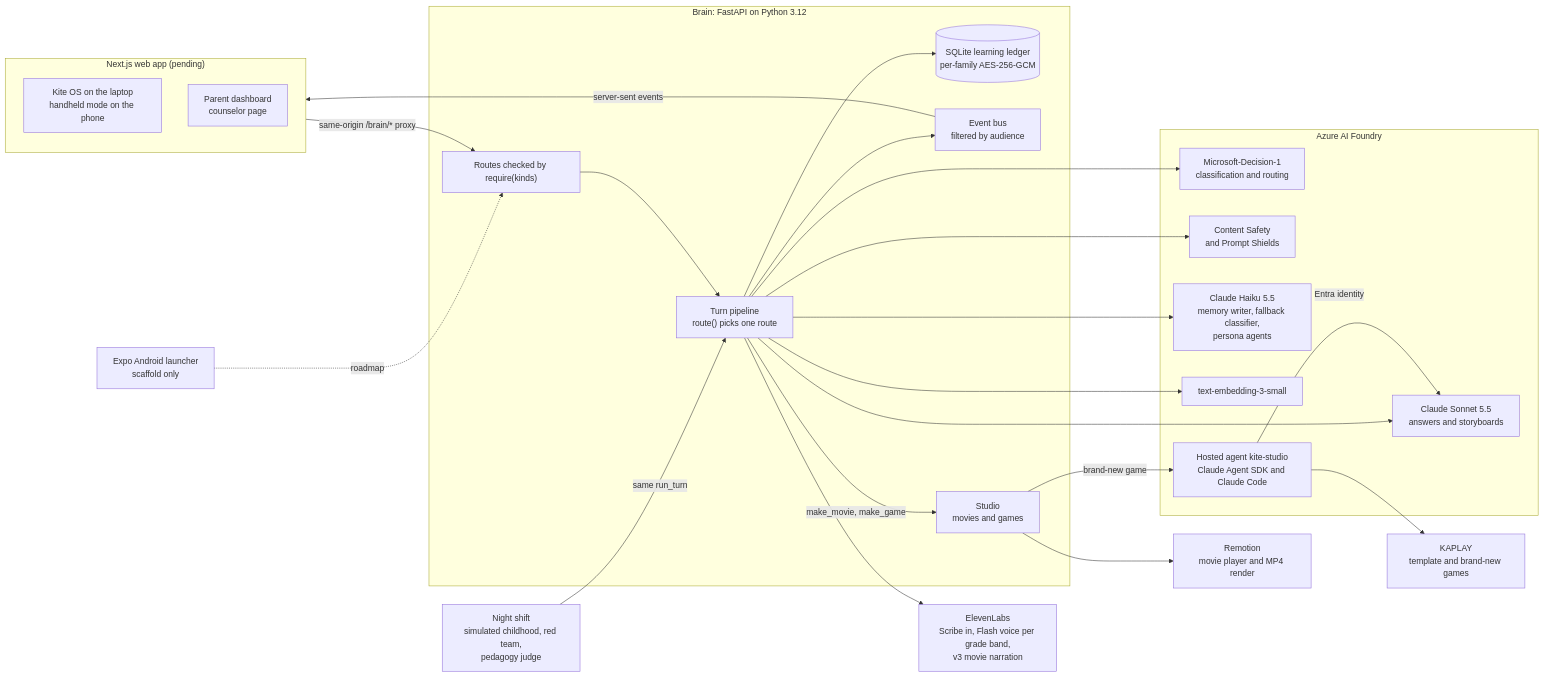
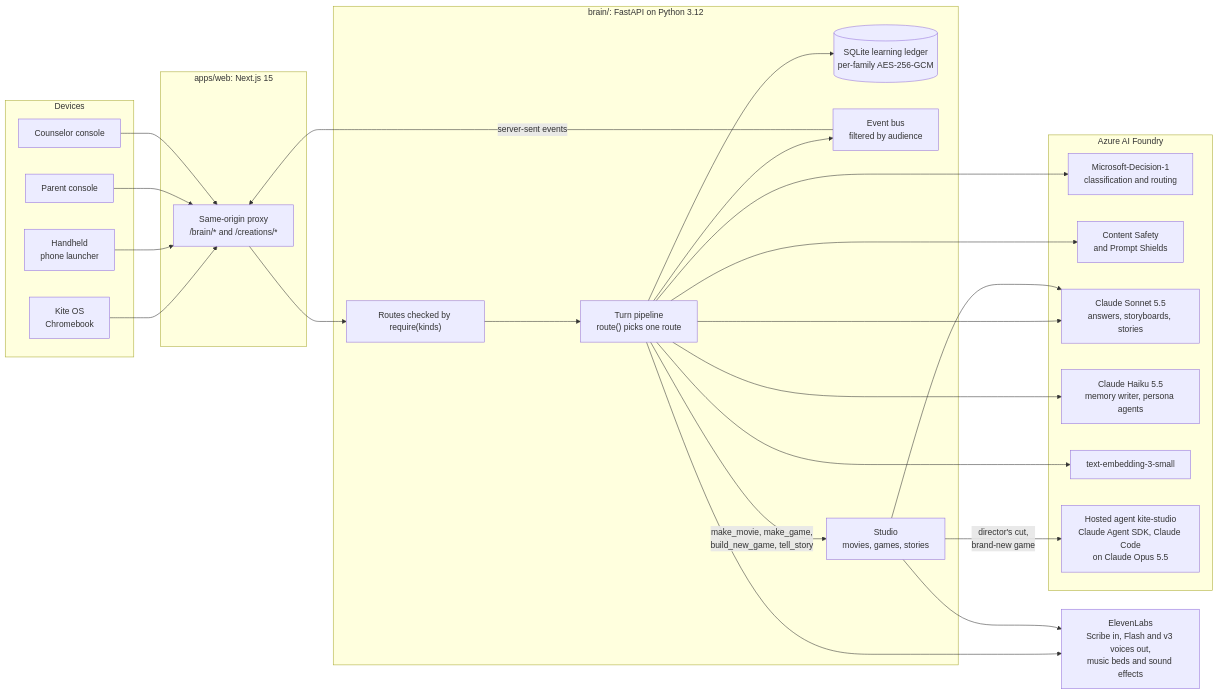
Before and after one commit to gpuligundla/kite: the first of 4 diagrams in README.md, drawn with Mermaid. The commit also changed other lines of this file, not shown here.

First line of the commit message:
README: the four screens, four diagrams, and the current numbers

````diff
--- a/README.md
+++ b/README.md
@@ -44,49 +31,43 @@
 ```mermaid
 flowchart LR
-  subgraph web["Next.js web app (pending)"]
-    KID["Kite OS on the laptop<br/>handheld mode on the phone"]
-    ADULT["Parent dashboard<br/>counselor page"]
+  subgraph devices["Devices"]
+    OS["Kite OS<br/>Chromebook"]
+    PHONE["Handheld<br/>phone launcher"]
+    PARENT["Parent console"]
+    COUNSELOR["Counselor console"]
   end
-  EXPO["Expo Android launcher<br/>scaffold only"]
 
-  subgraph brain["Brain: FastAPI on Python 3.12"]
+  subgraph web["apps/web: Next.js 15"]
+    PROXY["Same-origin proxy<br/>/brain/* and /creations/*"]
+  end
+
+  subgraph brain["brain/: FastAPI on Python 3.12"]
     API["Routes checked by require(kinds)"]
     PIPE["Turn pipeline<br/>route() picks one route"]
     LEDGER[("SQLite learning ledger<br/>per-family AES-256-GCM")]
     BUS["Event bus<br/>filtered by audience"]
-    STUDIO["Studio<br/>movies and games"]
+    STUDIO["Studio<br/>movies, games, stories"]
   end
 
   subgraph foundry["Azure AI Foundry"]
     D1["Microsoft-Decision-1<br/>classification and routing"]
     CS["Content Safety<br/>and Prompt Shields"]
-    SONNET["Claude Sonnet 5.5<br/>answers and storyboards"]
-    HAIKU["Claude Haiku 5.5<br/>memory writer, fallback classifier,<br/>persona agents"]
+    SONNET["Claude Sonnet 5.5<br/>answers, storyboards, stories"]
+    HAIKU["Claude Haiku 5.5<br/>memory writer, persona agents"]
     EMB["text-embedding-3-small"]
-    AGENT["Hosted agent kite-studio<br/>Claude Agent SDK and Claude Code"]
+    AGENT["Hosted agent kite-studio<br/>Claude Agent SDK, Claude Code<br/>on Claude Opus 5.5"]
   end
 
-  EL["ElevenLabs<br/>Scribe in, Flash voice per grade band,<br/>v3 movie narration"]
-  REMOTION["Remotion<br/>movie player and MP4 render"]
-  KAPLAY["KAPLAY<br/>template and brand-new games"]
-  NIGHT["Night shift<br/>simulated childhood, red team,<br/>pedagogy judge"]
+  EL["ElevenLabs<br/>Scribe in, Flash and v3 voices out,<br/>music beds and sound effects"]
 
-  web -->|"same-origin /brain/* proxy"| API
-  EXPO -.->|"roadmap"| API
-  NIGHT -->|"same run_turn"| PIPE
+  OS & PHONE & PARENT & COUNSELOR --> PROXY
+  PROXY --> API
   API --> PIPE
   PIPE --> LEDGER
   PIPE --> BUS
-  BUS -->|"server-sent events"| web
-  PIPE --> D1
-  PIPE --> CS
-  PIPE --> EMB
-  PIPE --> SONNET
-  PIPE --> HAIKU
-  PIPE --> EL
-  PIPE -->|"make_movie, make_game"| STUDIO
-  STUDIO --> REMOTION
-  STUDIO -->|"brand-new game"| AGENT
-  AGENT -->|"Entra identity"| SONNET
-  AGENT --> KAPLAY
+  BUS -->|"server-sent events"| PROXY
+  PIPE --> D1 & CS & EMB & SONNET & HAIKU & EL
+  PIPE -->|"make_movie, make_game,<br/>build_new_game, tell_story"| STUDIO
+  STUDIO -->|"director's cut,<br/>brand-new game"| AGENT
+  STUDIO --> SONNET & EL
 ```
````
